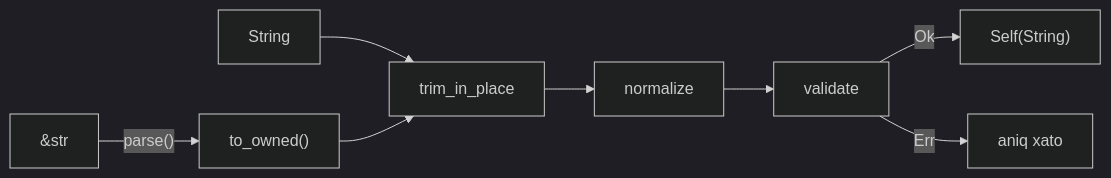
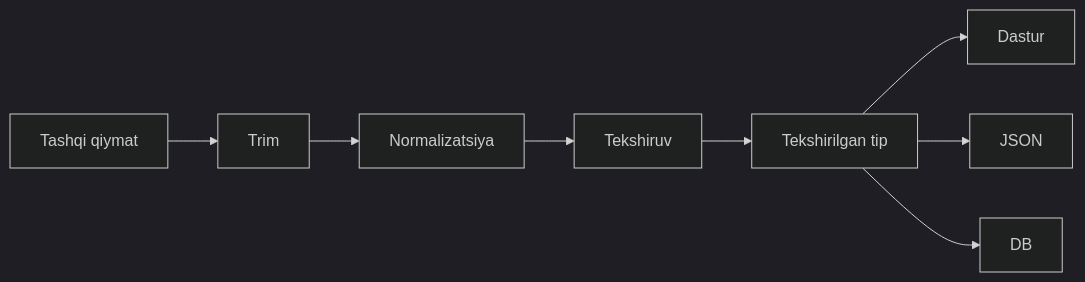
The first of 2 diagrams in docs/architecture.md (diordev/uz-types), drawn with Mermaid (dark theme) before and after one commit. The commit also changed other lines of this file and 23 other files, not shown here.

````diff
--- a/docs/architecture.md
+++ b/docs/architecture.md
@@ -276,10 +58,10 @@
 ```mermaid
 flowchart LR
-    A["&str"] -->|"parse()"| B["to_owned()"]
-    C["String"] --> D
-    B --> D["trim_in_place"]
-    D --> E["normalize"]
-    E --> F["validate"]
-    F -->|Ok| G["Self(String)"]
-    F -->|Err| H["aniq xato"]
+    A["Tashqi qiymat"] --> B["Trim"]
+    B --> C["Normalizatsiya"]
+    C --> D["Tekshiruv"]
+    D --> E["Tekshirilgan tip"]
+    E --> F["Dastur"]
+    E --> G["JSON"]
+    E --> H["DB"]
 ```
````
